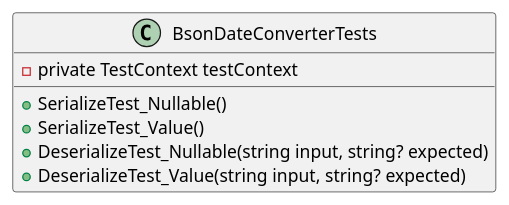
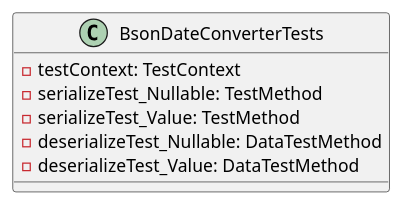
The first of 9 diagrams in docs/generated/Framework/Eliassen.System.Tests/Text/Json/Documentation.md (mwwhited-forks/dotnet-libs), drawn with PlantUML before and after one commit. The commit also changed other lines of this file and 444 other files, not shown here.

````diff
--- a/docs/generated/Framework/Eliassen.System.Tests/Text/Json/Documentation.md
+++ b/docs/generated/Framework/Eliassen.System.Tests/Text/Json/Documentation.md
@@ -8,11 +19,11 @@
 ```plantuml
 @startuml
 class BsonDateConverterTests {
-  - private TestContext testContext
-  + SerializeTest_Nullable()
-  + SerializeTest_Value()
-  + DeserializeTest_Nullable(string input, string? expected)
-  + DeserializeTest_Value(string input, string? expected)
+  - testContext: TestContext
+  - serializeTest_Nullable: TestMethod
+  - serializeTest_Value: TestMethod
+  - deserializeTest_Nullable: DataTestMethod
+  - deserializeTest_Value: DataTestMethod
 }
 @enduml
 ```
````
